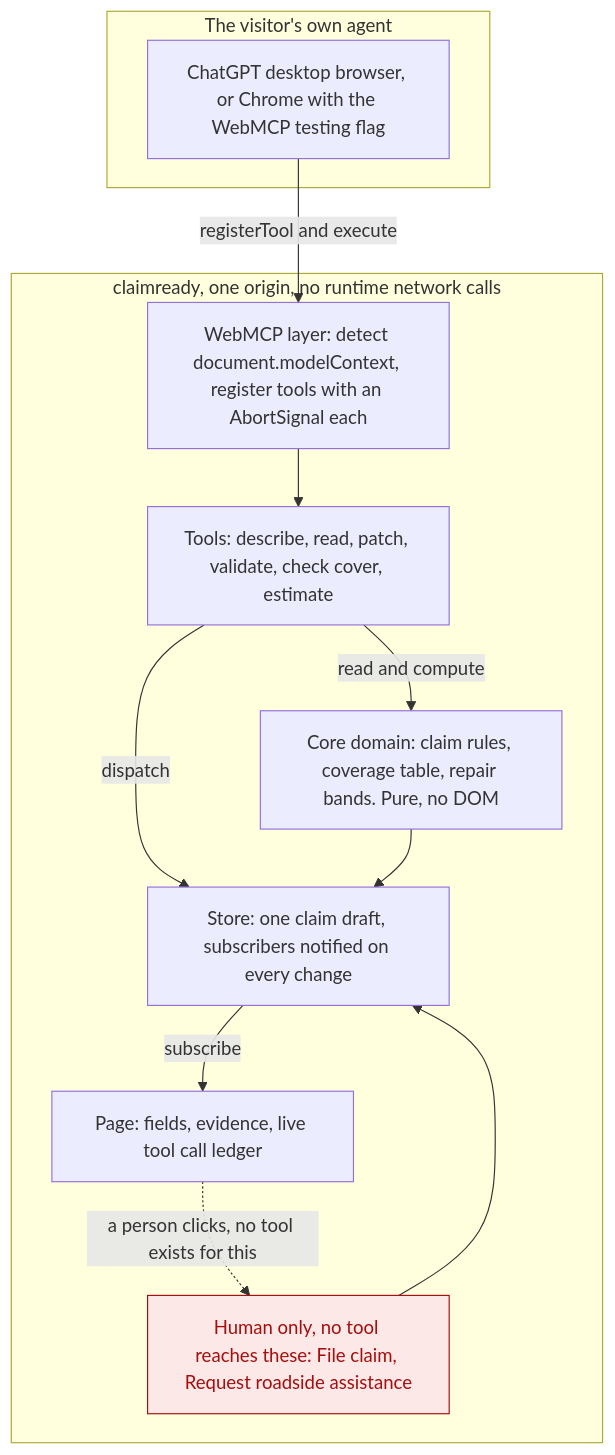
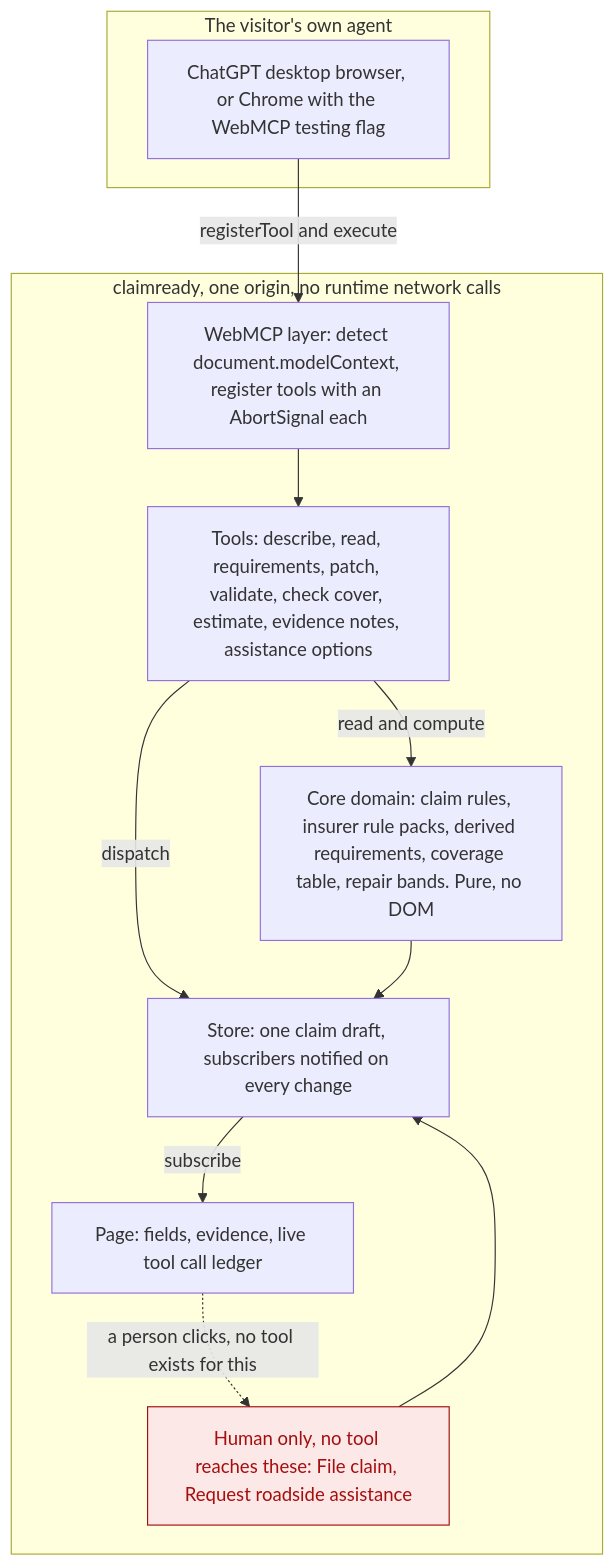
One commit to upgradedev/claimready changed the first of 2 diagrams in README.md. Above: the diagram before and after it, drawn with Mermaid. The commit also changed other lines of this file and 28 other files, not shown here.

First line of the commit message:
feat(core): revision safe shared draft with per field provenance and derived requirements

````diff
--- a/README.md
+++ b/README.md
@@ -35,27 +35,27 @@
 ```mermaid
 flowchart TB
   subgraph outside["The visitor's own agent"]
     AG["ChatGPT desktop browser, or Chrome with the WebMCP testing flag"]
   end
 
   subgraph origin["claimready, one origin, no runtime network calls"]
     MCP["WebMCP layer: detect document.modelContext, register tools with an AbortSignal each"]
-    TOOLS["Tools: describe, read, patch, validate, check cover, estimate"]
+    TOOLS["Tools: describe, read, requirements, patch, validate, check cover, estimate, evidence notes, assistance options"]
     STORE["Store: one claim draft, subscribers notified on every change"]
-    CORE["Core domain: claim rules, coverage table, repair bands. Pure, no DOM"]
+    CORE["Core domain: claim rules, insurer rule packs, derived requirements, coverage table, repair bands. Pure, no DOM"]
     UI["Page: fields, evidence, live tool call ledger"]
     HUMAN["Human only, no tool reaches these: File claim, Request roadside assistance"]
   end
 
   AG -->|"registerTool and execute"| MCP
   MCP --> TOOLS
   TOOLS -->|"dispatch"| STORE
   TOOLS -->|"read and compute"| CORE
   STORE -->|"subscribe"| UI
   CORE --> STORE
   UI -.->|"a person clicks, no tool exists for this"| HUMAN
   HUMAN --> STORE
 
   classDef guarded fill:#fce8e6,stroke:#a50e0e,color:#a50e0e
   class HUMAN guarded
 ```
````
